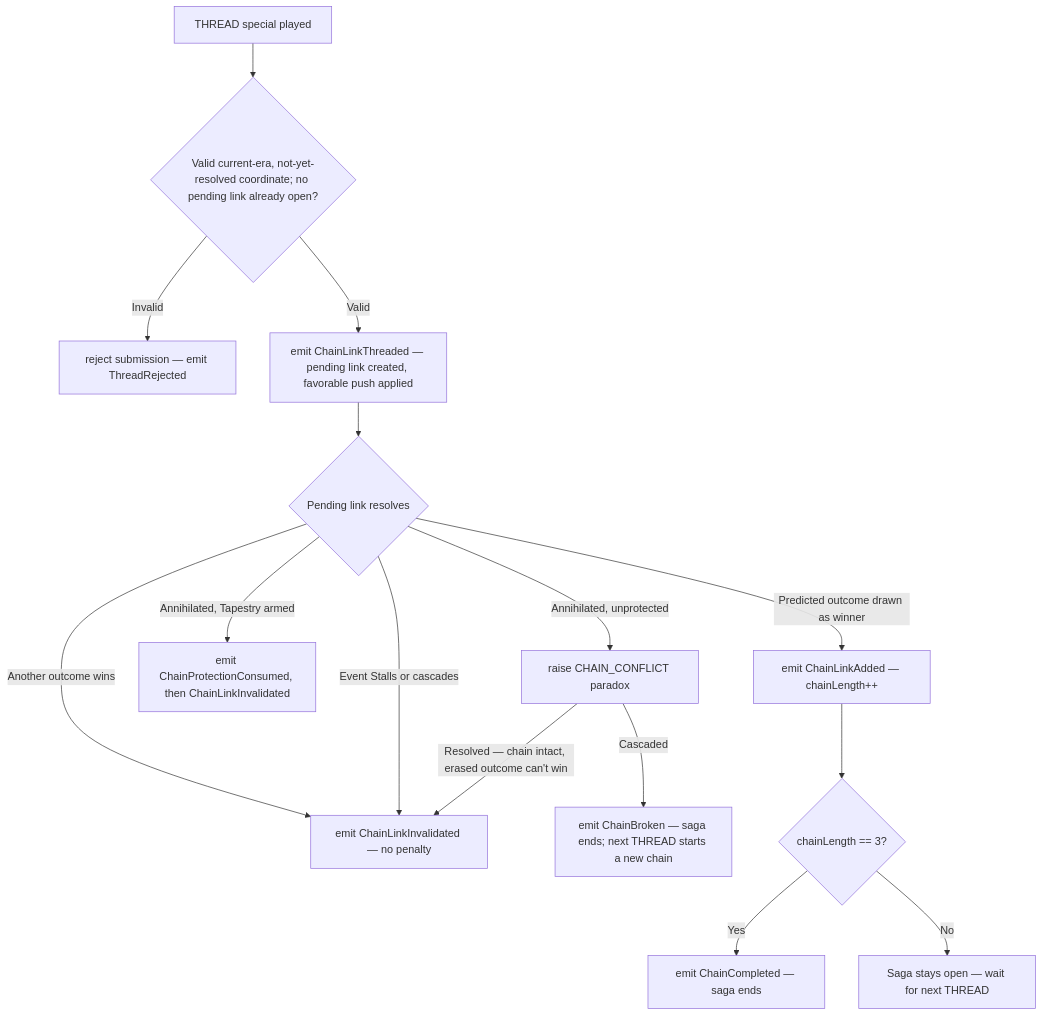
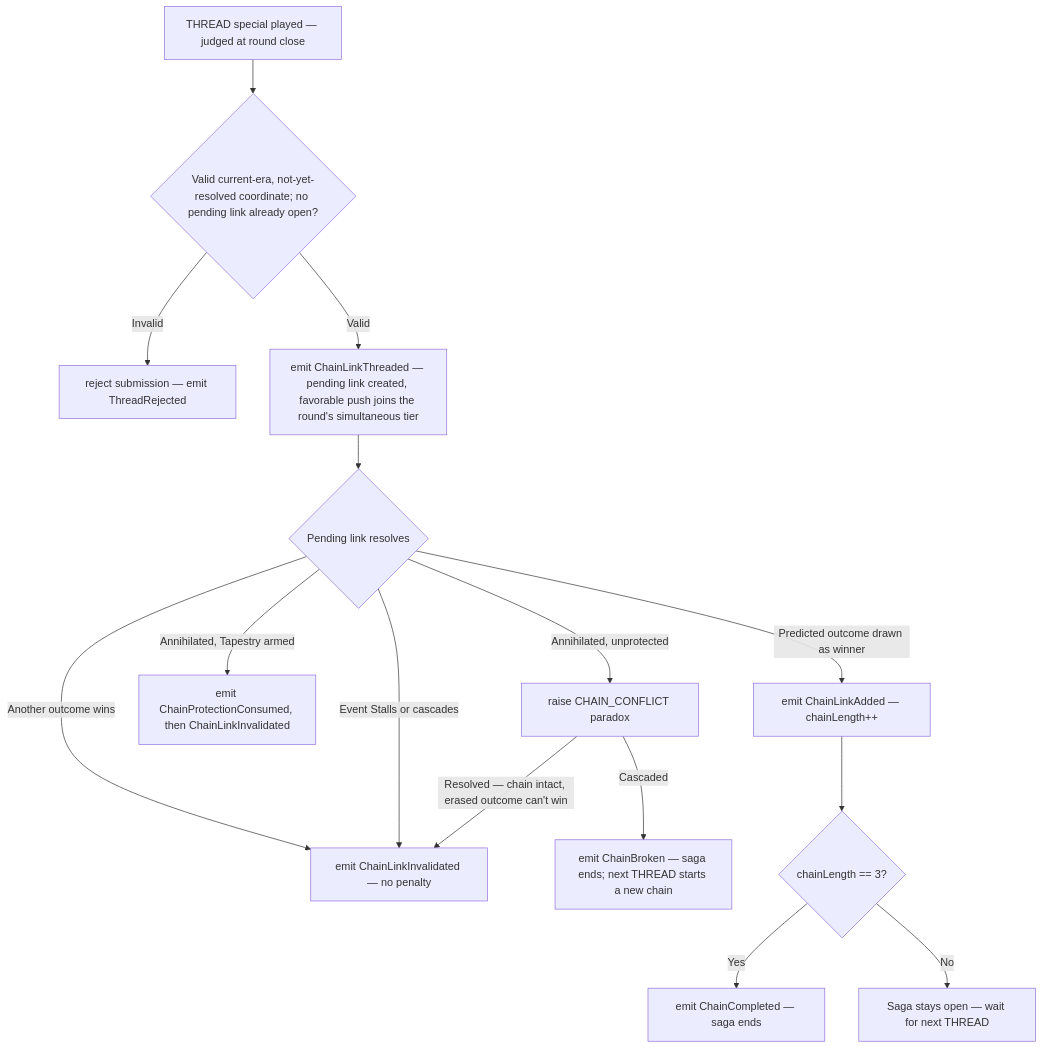
Before and after one commit to temporal-rift/docs: the first of 2 diagrams in sagas/special.mdx, drawn with Mermaid. The commit also changed other lines of this file and 2 other files, not shown here.

Commit message:
docs: resolve weaver specials in the round's priority order

````diff
--- a/sagas/special.mdx
+++ b/sagas/special.mdx
@@ -18,17 +22,17 @@
 ```mermaid
 flowchart TD
-  A[THREAD special played] --> B{Valid current-era, not-yet-resolved coordinate; no pending link already open?}
+  A[THREAD special played — judged at round close] --> B{Valid current-era, not-yet-resolved coordinate; no pending link already open?}
   B -->|Invalid| C[reject submission — emit ThreadRejected]
-  B -->|Valid| D[emit ChainLinkThreaded — pending link created, favorable push applied]
+  B -->|Valid| D[emit ChainLinkThreaded — pending link created, favorable push joins the round's simultaneous tier]
   D --> E{Pending link resolves}
   E -->|Predicted outcome drawn as winner| F[emit ChainLinkAdded — chainLength++]
   E -->|Another outcome wins| G[emit ChainLinkInvalidated — no penalty]
   E -->|Event Stalls or cascades| G
   E -->|Annihilated, Tapestry armed| H[emit ChainProtectionConsumed, then ChainLinkInvalidated]
   E -->|Annihilated, unprotected| I[raise CHAIN_CONFLICT paradox]
   I -->|Resolved — chain intact, erased outcome can't win| G
   I -->|Cascaded| J[emit ChainBroken — saga ends; next THREAD starts a new chain]
   F --> K{chainLength == 3?}
   K -->|Yes| L[emit ChainCompleted — saga ends]
   K -->|No| M[Saga stays open — wait for next THREAD]
 ```
````
